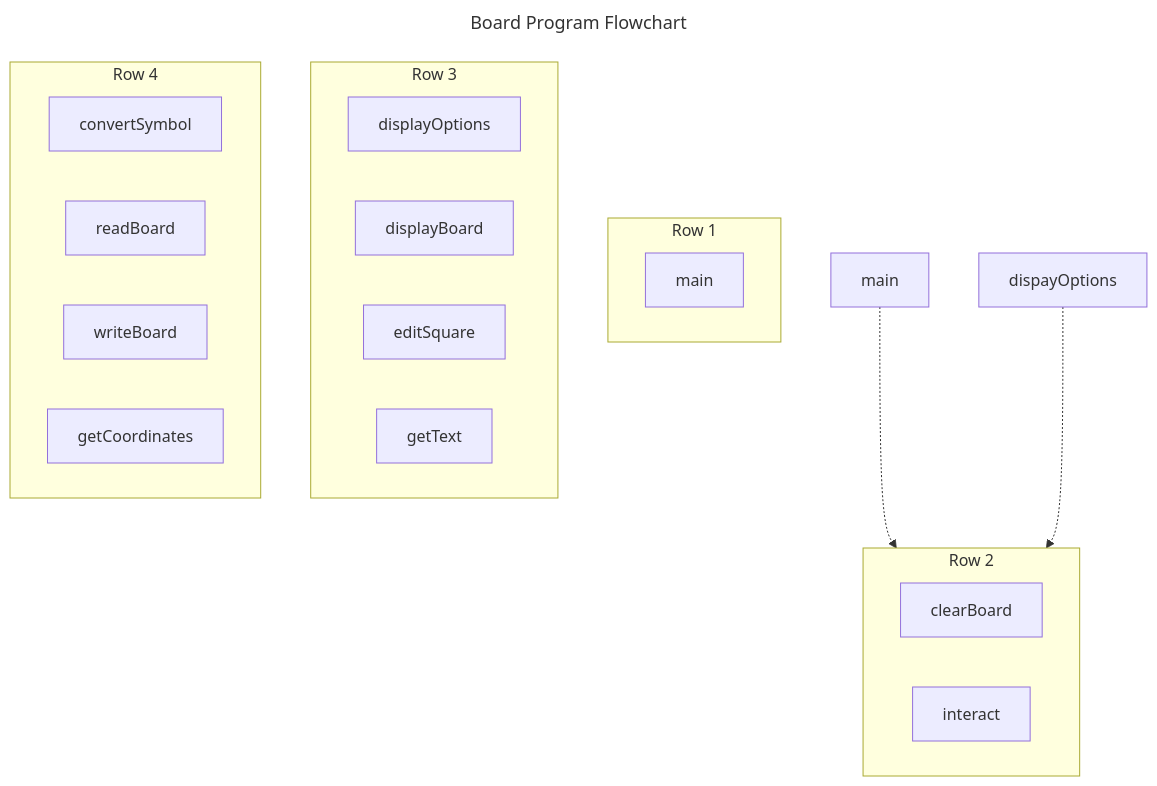
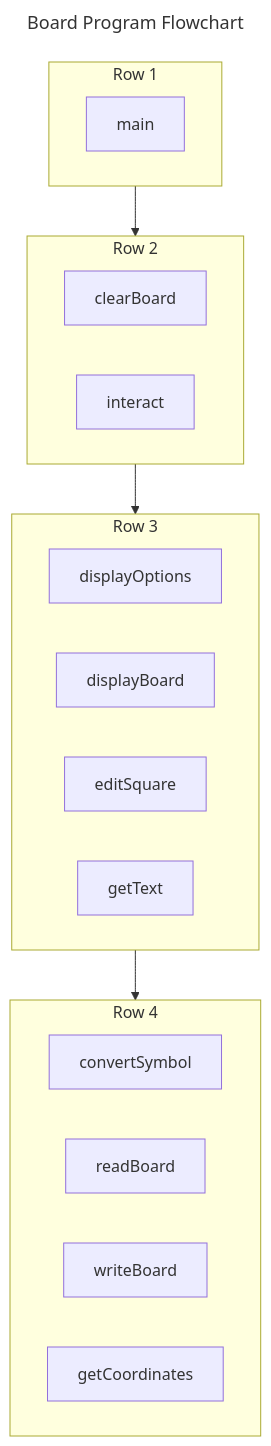
One commit to ehrrsn7/object-oriented-programming changed the diagram in cpp/Unit-1/Chapter-1.0/1.0-Design-Documents.ai.md. Above: the diagram before and after it, drawn with Mermaid.

Commit message:
🤖 AI C21903i11:03 AM: ${AMi8e53AMge} | ${7AM11:03 AMe}

```diff
--- a/cpp/Unit-1/Chapter-1.0/1.0-Design-Documents.ai.md
+++ b/cpp/Unit-1/Chapter-1.0/1.0-Design-Documents.ai.md
@@ -196,44 +196,41 @@
 :::mermaid
 ---
 title: Board Program Flowchart
 layout: hierarchical
 flowchart:
    htmlLabels: false
 ---
 flowchart TB
    subgraph subGraph1["Row 1"]
       direction LR
 
       main.Aqua["main"]
    end
 
    subgraph subGraph2["Row 2"]
-      direction LR
+      direction RL
 
       clearBoard["clearBoard"]
       interact["interact"]
    end
 
    subgraph subGraph3["Row 3"]
       direction LR
 
       displayOptions["displayOptions"]
       displayBoard["displayBoard"]
       editSquare["editSquare"]
       getText["getText"]
    end
 
    subgraph subGraph4["Row 4"]
       direction LR
 
       convertSymbol["convertSymbol"]
       readBoard["readBoard"]
       writeBoard["writeBoard"]
       getCoordinates["getCoordinates"]
    end
 
-   main -.-> interact
-
-   dispayOptions -.-> interact
-classDef Aqua stroke-width:1px, stroke-dasharray:none, stroke:#46EDC8, fill:#DEFFF8, color:#378E7A
+   subGraph1 --> subGraph2 --> subGraph3 --> subGraph4
 :::
```
